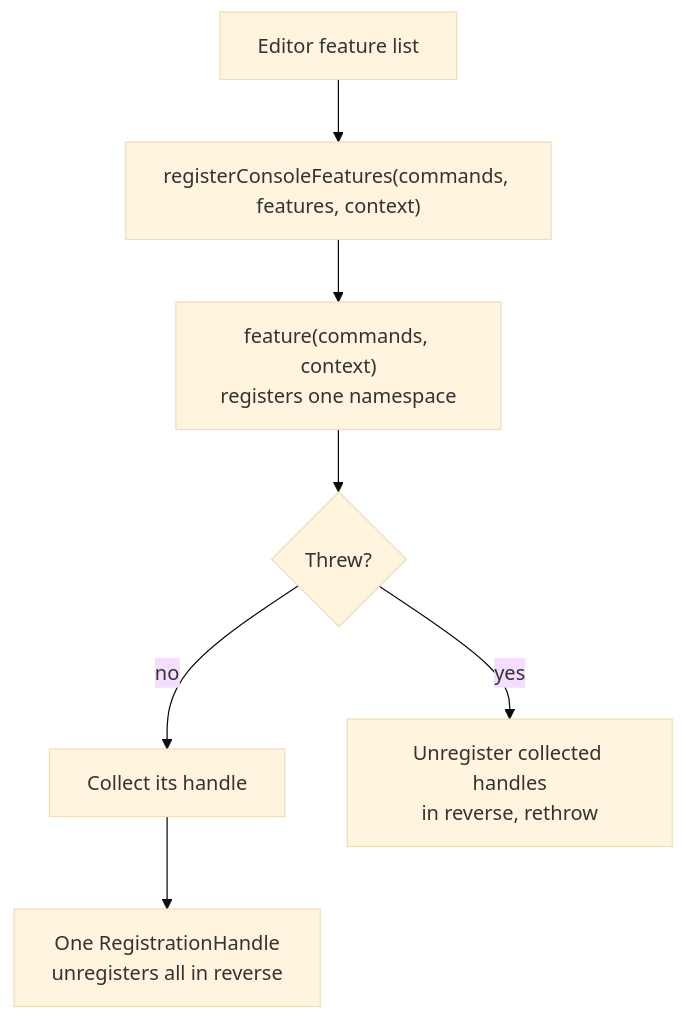
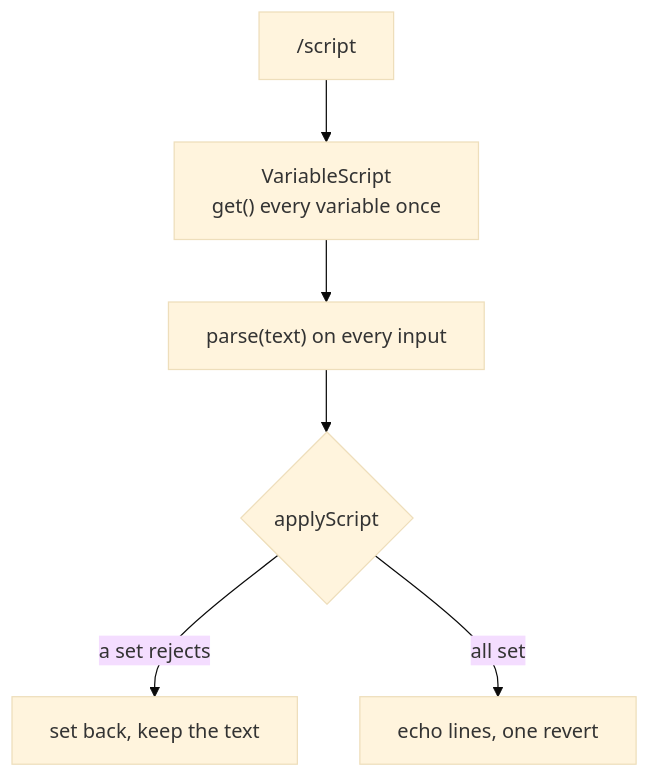
The fourth of 5 diagrams in packages/console/ARCHITECTURE.md (JollyPixel/editor), drawn with Mermaid (base theme) before and after one commit. The commit also changed other lines of this file and 32 other files, not shown here.

Commit message:
feat(console): implement native script command

````diff
--- a/packages/console/ARCHITECTURE.md
+++ b/packages/console/ARCHITECTURE.md
@@ -176,9 +72,8 @@
 ```mermaid
 flowchart TB
-    List["Editor feature list"] --> Register["registerConsoleFeatures(commands, features, context)"]
-    Register --> Feature["feature(commands, context)<br/>registers one namespace"]
-    Feature --> Threw{"Threw?"}
-    Threw -->|"no"| Collect["Collect its handle"]
-    Threw -->|"yes"| Unwind["Unregister collected handles<br/>in reverse, rethrow"]
-    Collect --> Combined["One RegistrationHandle<br/>unregisters all in reverse"]
+    Edit["/script"] --> Snapshot["VariableScript<br/>get() every variable once"]
+    Snapshot --> Parse["parse(text) on every input"]
+    Parse --> Save{"applyScript"}
+    Save -->|"a set rejects"| Rollback["set back, keep the text"]
+    Save -->|"all set"| Done["echo lines, one revert"]
 ```
````
